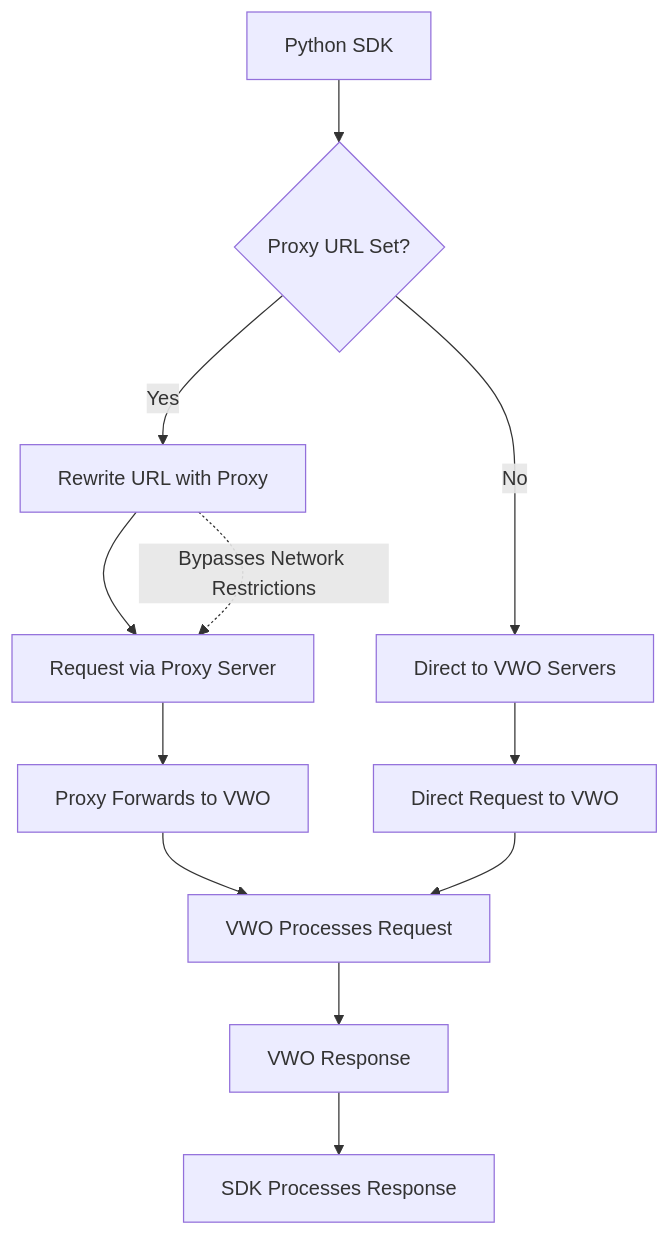
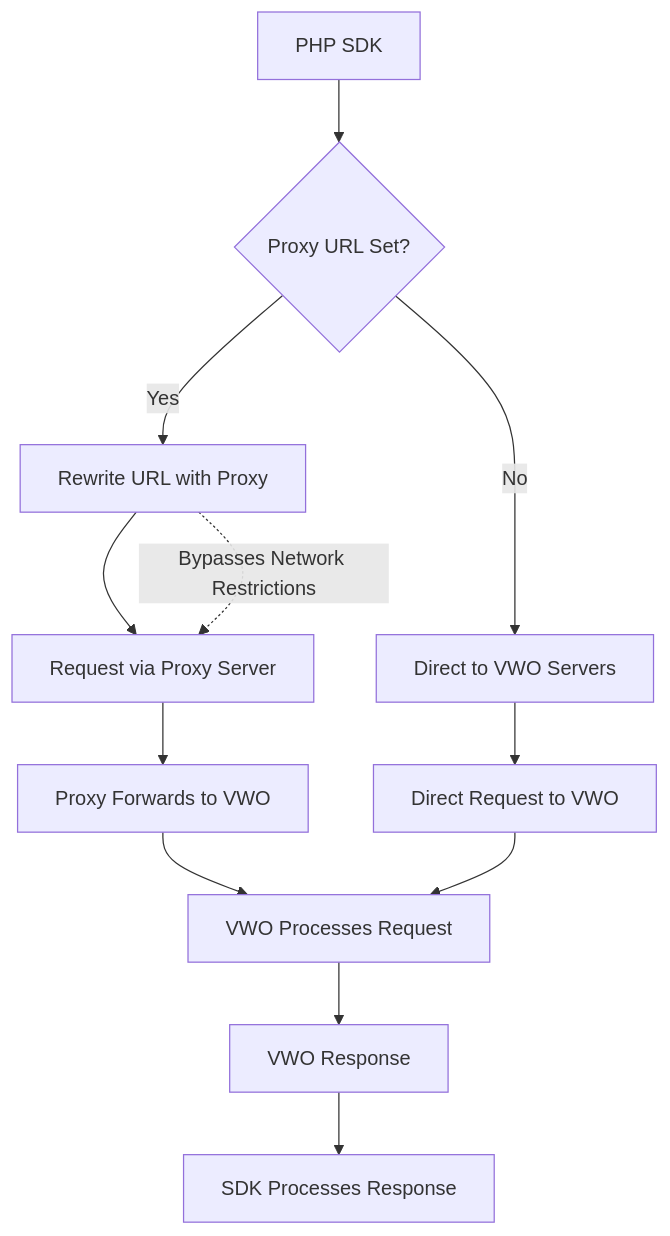
The diagram in docs/SDK Reference/server-side-sdks/fme-php/fme-php-proxy-url.md (wingify/readme-central), drawn with Mermaid before and after one commit.

Commit message:
Update doc `fme-php-proxy-url`

````diff
--- a/docs/SDK Reference/server-side-sdks/fme-php/fme-php-proxy-url.md
+++ b/docs/SDK Reference/server-side-sdks/fme-php/fme-php-proxy-url.md
@@ -36,14 +36,14 @@
 ```mermaid
 flowchart TD
-    A["Python SDK"] --> B{"Proxy URL Set?"}
+    A["PHP SDK"] --> B{"Proxy URL Set?"}
     B -- Yes --> C["Rewrite URL with Proxy"]
     B -- No --> D["Direct to VWO Servers"]
     C --> E["Request via Proxy Server"]
     E --> G["Proxy Forwards to VWO"]
     D --> F["Direct Request to VWO"]
     G --> H["VWO Processes Request"]
     F --> H
     H --> I["VWO Response"]
     I --> J["SDK Processes Response"]
     C -. Bypasses Network Restrictions .-> E
 ```
````
